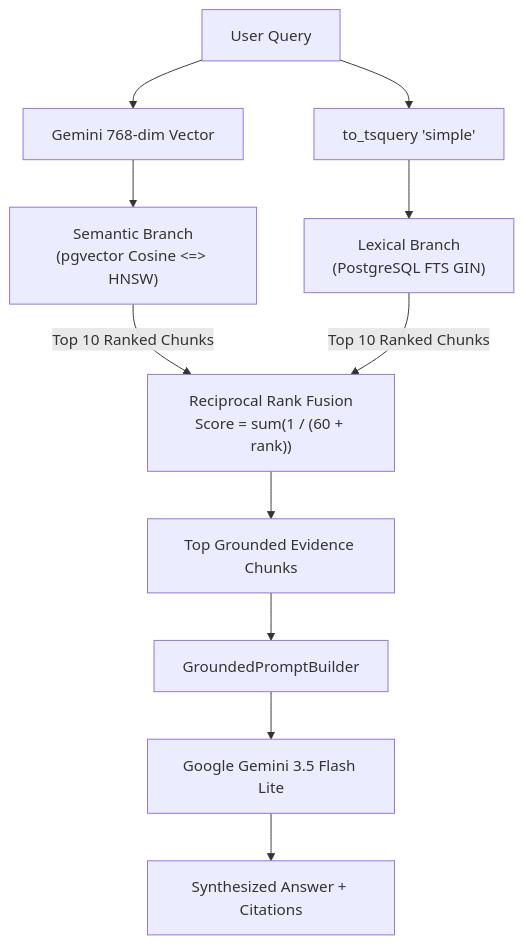
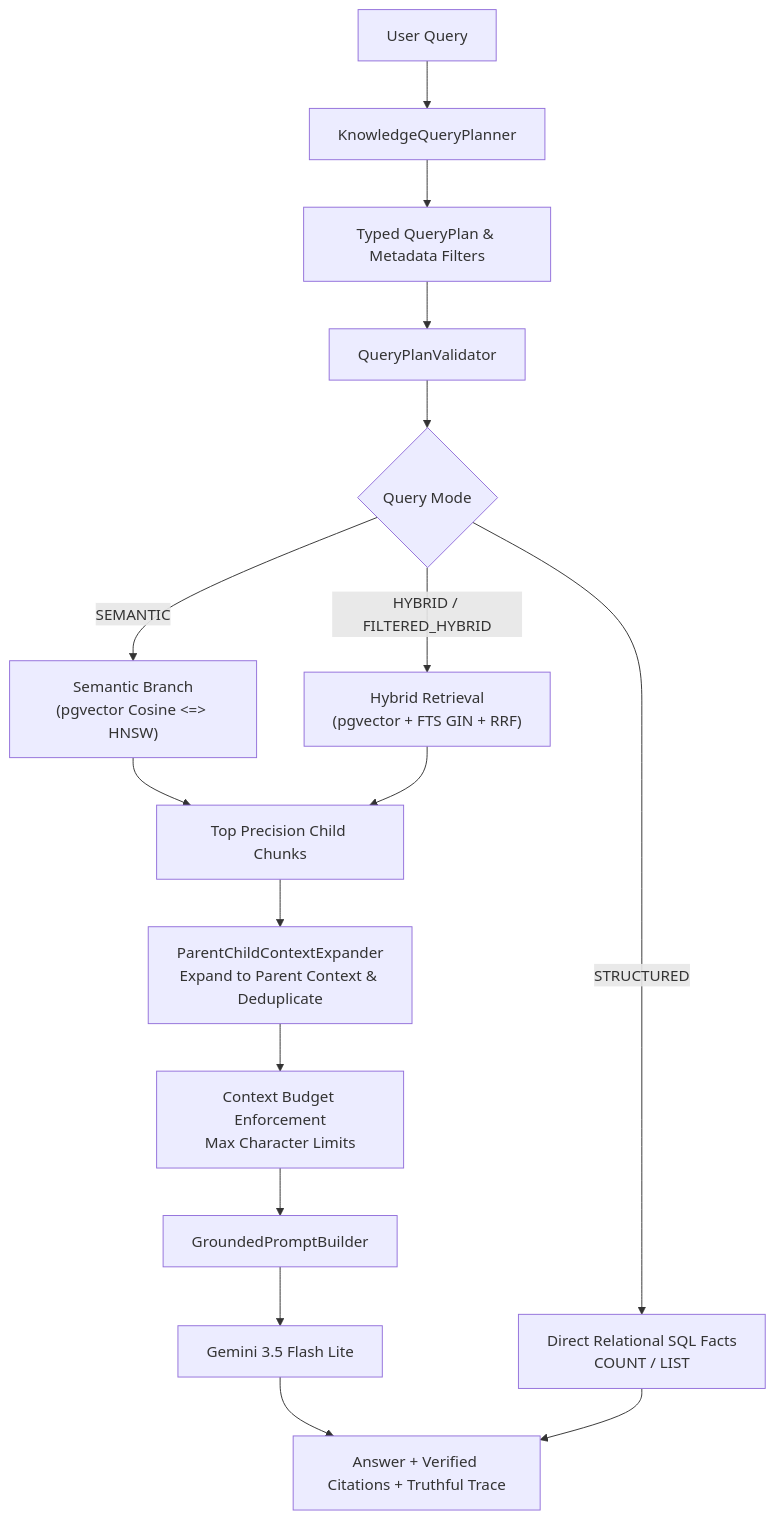
The third of 4 diagrams in README.md (dbp3206-source/group_sync), drawn with Mermaid before and after one commit. The commit also changed other lines of this file and 16 other files, not shown here.

````diff
--- a/README.md
+++ b/README.md
@@ -122,16 +122,21 @@
 ```mermaid
 graph TD
-    Query[User Query] --> Embed[Gemini 768-dim Vector]
-    Query --> FTS[to_tsquery 'simple']
-
-    Embed --> SemBranch["Semantic Branch<br>(pgvector Cosine <=> HNSW)"]
-    FTS --> LexBranch["Lexical Branch<br>(PostgreSQL FTS GIN)"]
-
-    SemBranch -->|Top 10 Ranked Chunks| RRF["Reciprocal Rank Fusion<br>Score = sum(1 / (60 + rank))"]
-    LexBranch -->|Top 10 Ranked Chunks| RRF
-
-    RRF --> TopEvidence[Top Grounded Evidence Chunks]
-    TopEvidence --> PromptBuilder[GroundedPromptBuilder]
-    PromptBuilder --> GeminiLLM[Google Gemini 3.5 Flash Lite]
-    GeminiLLM --> ChatOutput[Synthesized Answer + Citations]
+    Query[User Query] --> Planner[KnowledgeQueryPlanner]
+    Planner --> Plan[Typed QueryPlan & Metadata Filters]
+    Plan --> Validator[QueryPlanValidator]
+    Validator --> Route{Query Mode}
+    
+    Route -->|STRUCTURED| SQL[Direct Relational SQL Facts<br>COUNT / LIST]
+    Route -->|SEMANTIC| SemOnly["Semantic Branch<br>(pgvector Cosine <=> HNSW)"]
+    Route -->|HYBRID / FILTERED_HYBRID| Fused["Hybrid Retrieval<br>(pgvector + FTS GIN + RRF)"]
+    
+    SemOnly --> TopChild[Top Precision Child Chunks]
+    Fused --> TopChild
+    
+    TopChild --> Expander[ParentChildContextExpander<br>Expand to Parent Context & Deduplicate]
+    Expander --> Budget[Context Budget Enforcement<br>Max Character Limits]
+    Budget --> Prompt[GroundedPromptBuilder]
+    Prompt --> Gemini[Gemini 3.5 Flash Lite]
+    Gemini --> Answer[Answer + Verified Citations + Truthful Trace]
+    SQL --> Answer
 ```
````
